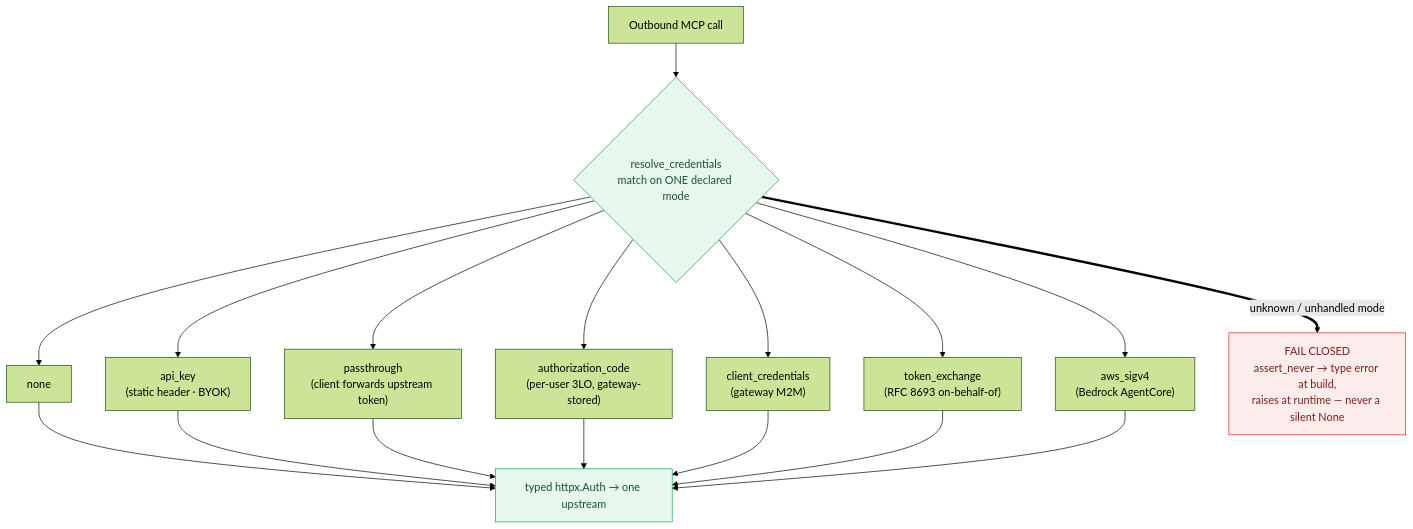
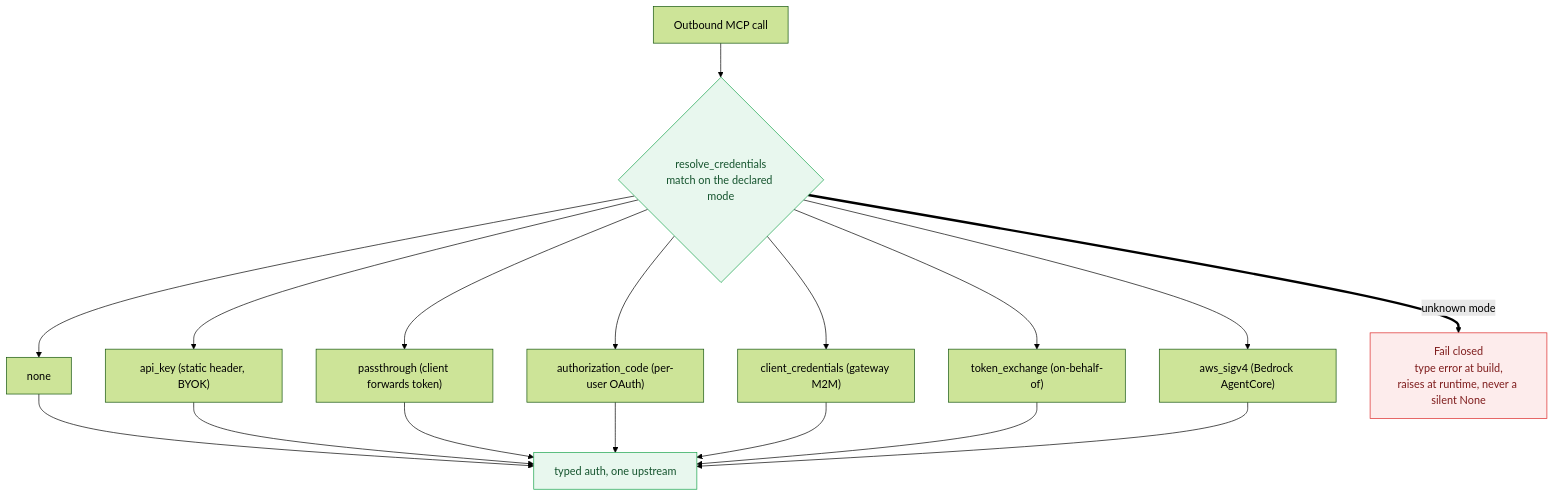
One commit to doggy8088/litellm-docs changed the second of 3 diagrams in blog/two_week_stability_update/index.md. Above: the diagram before and after it, drawn with Mermaid (forest theme). The commit also changed other lines of this file, not shown here.

````diff
--- a/blog/two_week_stability_update/index.md
+++ b/blog/two_week_stability_update/index.md
@@ -51,17 +52,17 @@
 ```mermaid
 flowchart TD
-  Req["Outbound MCP call"] --> R{"resolve_credentials<br/>match on ONE declared mode"}
+  Req["Outbound MCP call"] --> R{"resolve_credentials<br/>match on the declared mode"}
   R --> m1["none"]
-  R --> m2["api_key<br/>(static header · BYOK)"]
-  R --> m3["passthrough<br/>(client forwards upstream token)"]
-  R --> m4["authorization_code<br/>(per-user 3LO, gateway-stored)"]
-  R --> m5["client_credentials<br/>(gateway M2M)"]
-  R --> m6["token_exchange<br/>(RFC 8693 on-behalf-of)"]
-  R --> m7["aws_sigv4<br/>(Bedrock AgentCore)"]
-  R ==>|unknown / unhandled mode| X["FAIL CLOSED<br/>assert_never → type error at build,<br/>raises at runtime — never a silent None"]
-  m1 & m2 & m3 & m4 & m5 & m6 & m7 --> Auth["typed httpx.Auth → one upstream"]
+  R --> m2["api_key (static header, BYOK)"]
+  R --> m3["passthrough (client forwards token)"]
+  R --> m4["authorization_code (per-user OAuth)"]
+  R --> m5["client_credentials (gateway M2M)"]
+  R --> m6["token_exchange (on-behalf-of)"]
+  R --> m7["aws_sigv4 (Bedrock AgentCore)"]
+  R ==>|unknown mode| X["Fail closed<br/>type error at build,<br/>raises at runtime, never a silent None"]
+  m1 & m2 & m3 & m4 & m5 & m6 & m7 --> Auth["typed auth, one upstream"]
   classDef good fill:#e8f7ee,stroke:#16a34a,color:#14532d;
   classDef bad fill:#fdecec,stroke:#dc2626,color:#7f1d1d;
   class R,Auth good;
   class X bad;
 ```
````
